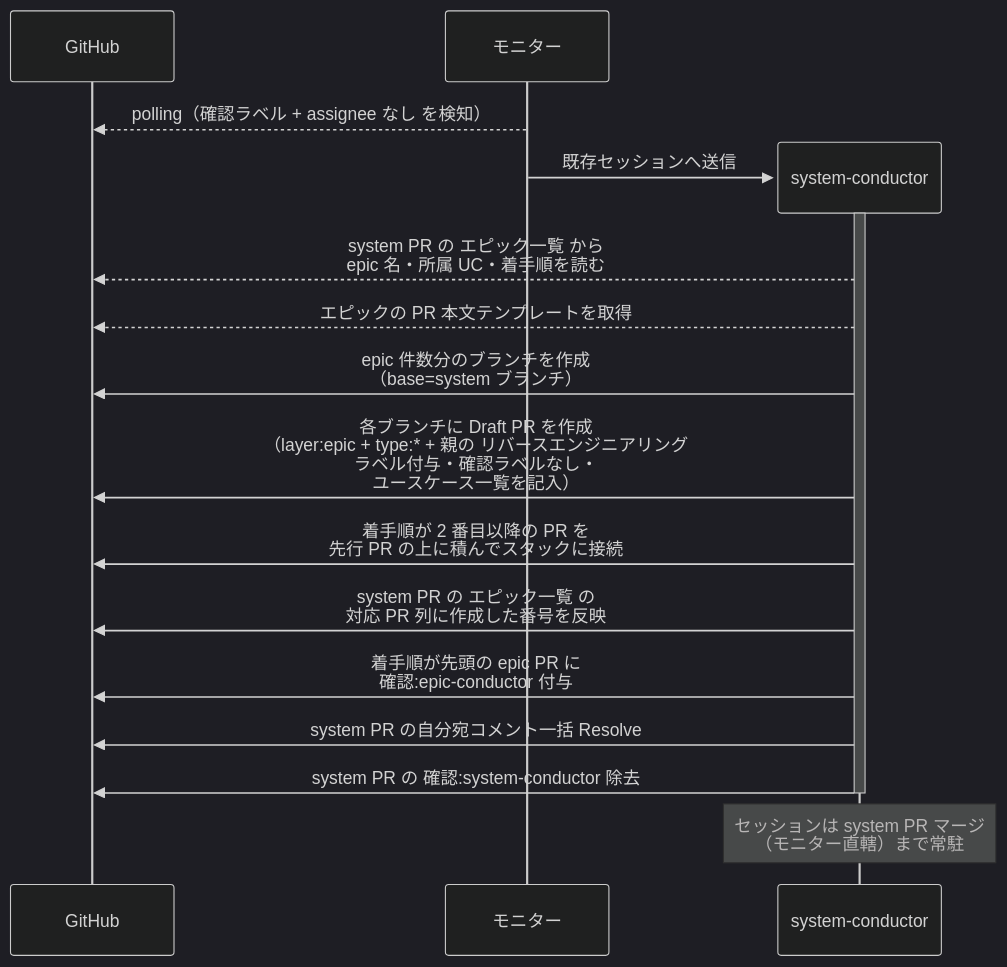
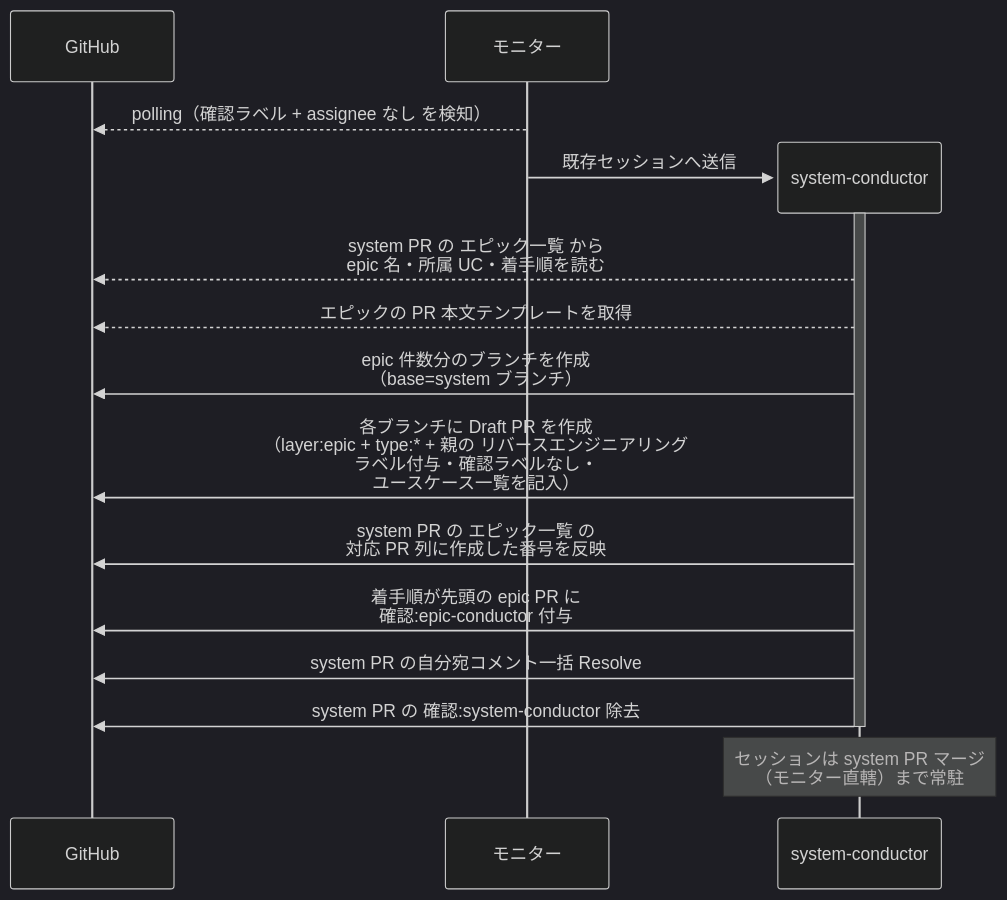
Before and after one commit to shuhei1101/ai-monitor: the diagram in docs/wiki/設計図/シナリオ/単一ユースケース/子epicPR作成.md, drawn with Mermaid (dark theme). The commit also changed other lines of this file and 108 other files, not shown here.

````diff
--- a/docs/wiki/設計図/シナリオ/単一ユースケース/子epicPR作成.md
+++ b/docs/wiki/設計図/シナリオ/単一ユースケース/子epicPR作成.md
@@ -29,21 +29,20 @@
 ```mermaid
 sequenceDiagram
   participant GH as GitHub
   participant ORC as モニター
 
   ORC-->>GH: polling（確認ラベル + assignee なし を検知）
   create participant MON as system-conductor
   ORC->>MON: 既存セッションへ送信
   activate MON
   MON-->>GH: system PR の エピック一覧 から<br>epic 名・所属 UC・着手順を読む
   MON-->>GH: エピックの PR 本文テンプレートを取得
   MON->>GH: epic 件数分のブランチを作成<br>（base=system ブランチ）
   MON->>GH: 各ブランチに Draft PR を作成<br>（layer:epic + type:* + 親の リバースエンジニアリング<br>ラベル付与・確認ラベルなし・<br>ユースケース一覧を記入）
-  MON->>GH: 着手順が 2 番目以降の PR を<br>先行 PR の上に積んでスタックに接続
   MON->>GH: system PR の エピック一覧 の<br>対応 PR 列に作成した番号を反映
   MON->>GH: 着手順が先頭の epic PR に<br>確認:epic-conductor 付与
   MON->>GH: system PR の自分宛コメント一括 Resolve
   MON->>GH: system PR の 確認:system-conductor 除去
   deactivate MON
   Note over MON: セッションは system PR マージ<br>（モニター直轄）まで常駐
 ```
````
